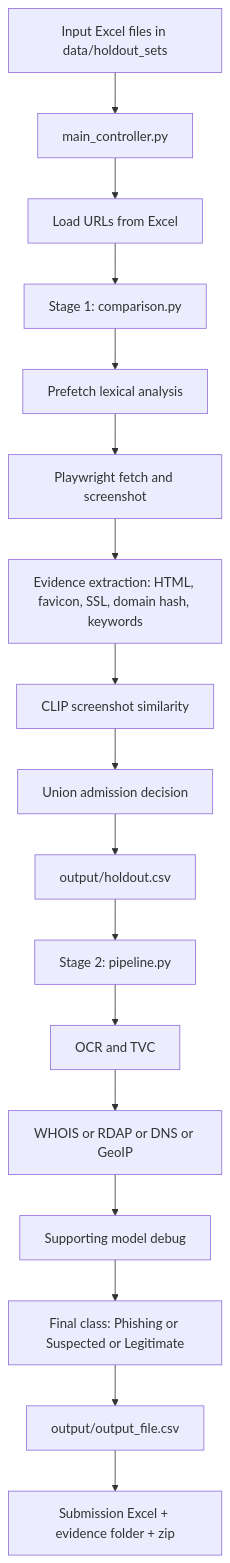
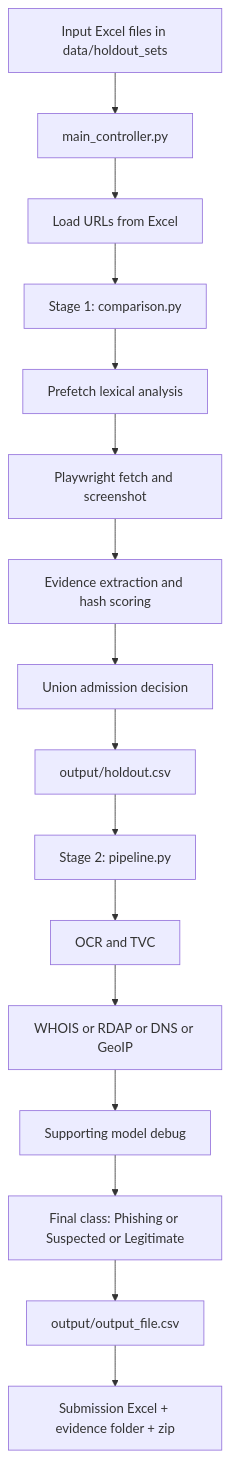
The diagram in docs/PIPELINE_ARCHITECTURE_BRIEF.md (Romaankhaja/phishing_phase2_st1), drawn with Mermaid before and after one commit. The commit also changed other lines of this file and 46 other files, not shown here.

````diff
--- a/docs/PIPELINE_ARCHITECTURE_BRIEF.md
+++ b/docs/PIPELINE_ARCHITECTURE_BRIEF.md
@@ -28,19 +28,18 @@
 ```mermaid
 flowchart TD
     A[Input Excel files in data/holdout_sets] --> B[main_controller.py]
     B --> C[Load URLs from Excel]
     C --> D[Stage 1: comparison.py]
     D --> D1[Prefetch lexical analysis]
     D1 --> D2[Playwright fetch and screenshot]
-    D2 --> D3[Evidence extraction: HTML, favicon, SSL, domain hash, keywords]
-    D3 --> D4[CLIP screenshot similarity]
-    D4 --> D5[Union admission decision]
-    D5 --> E[output/holdout.csv]
+    D2 --> D3[Evidence extraction and hash scoring]
+    D3 --> D4[Union admission decision]
+    D4 --> E[output/holdout.csv]
     E --> F[Stage 2: pipeline.py]
     F --> F1[OCR and TVC]
     F1 --> F2[WHOIS or RDAP or DNS or GeoIP]
     F2 --> F3[Supporting model debug]
     F3 --> F4[Final class: Phishing or Suspected or Legitimate]
     F4 --> G[output/output_file.csv]
     G --> H[Submission Excel + evidence folder + zip]
 ```
````
